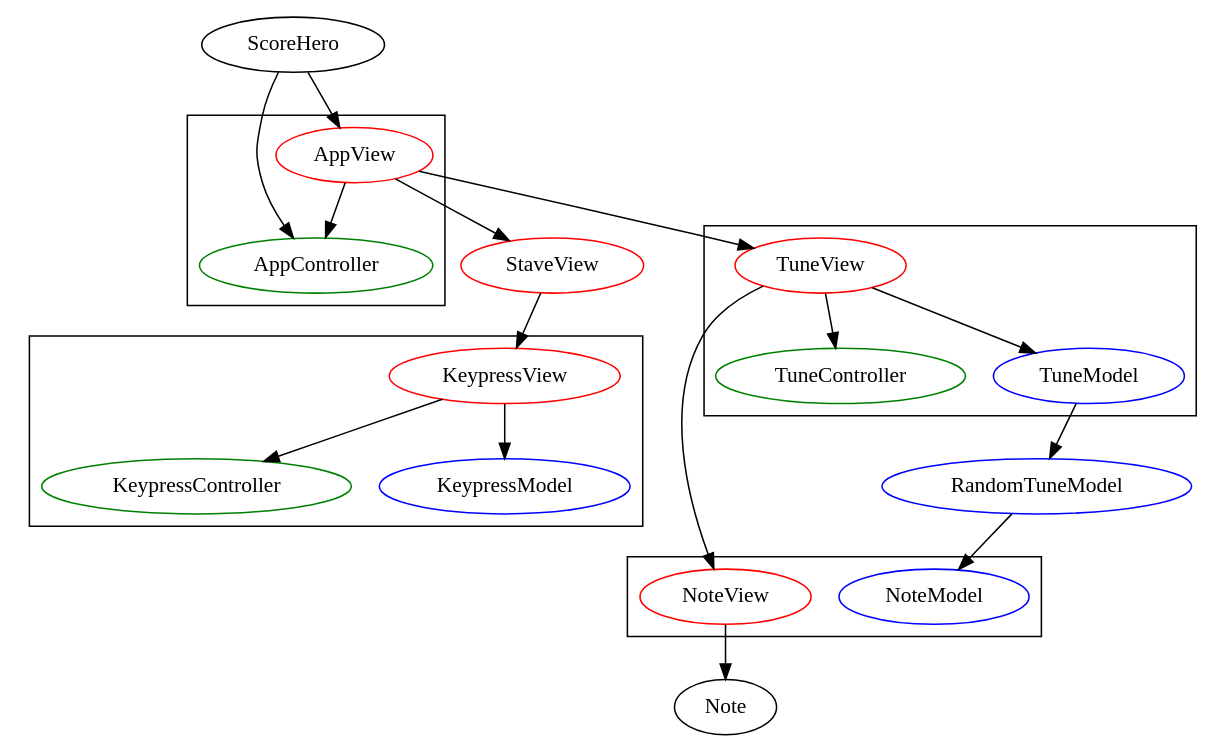
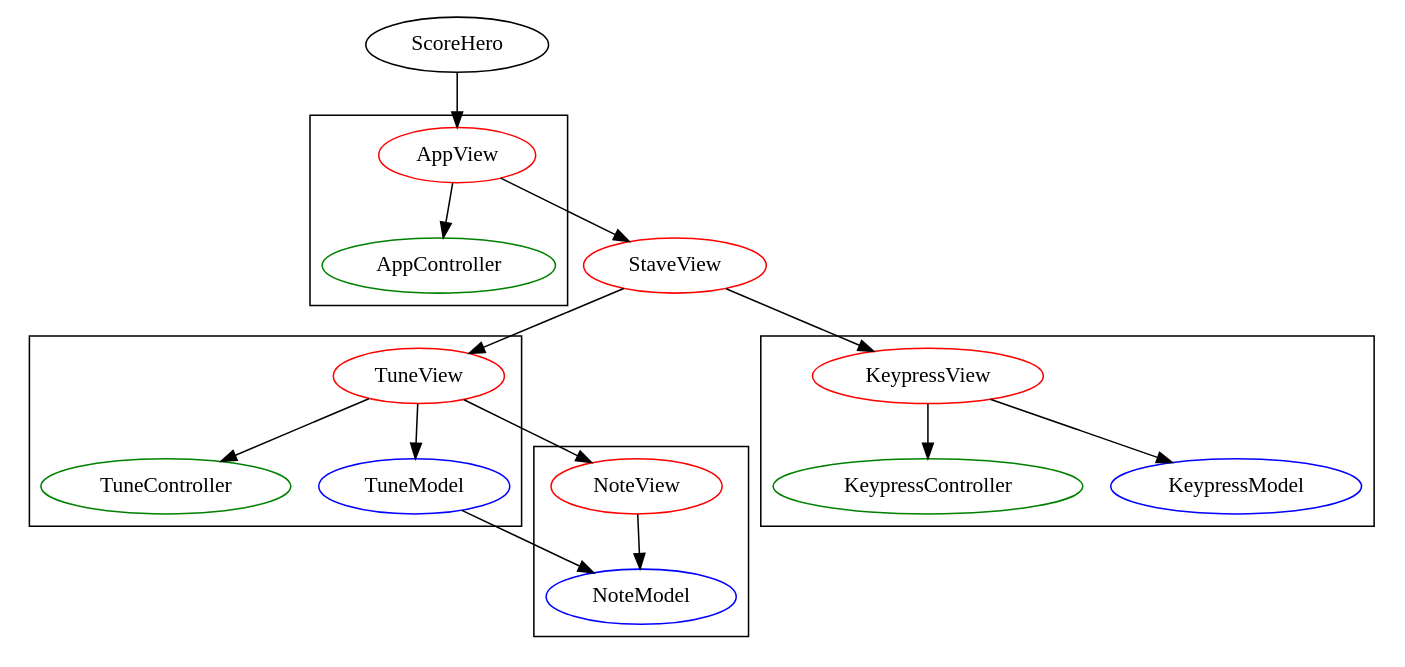
The diagram in doc/classes.dot (fuzzkat/Score-Hero), drawn with Graphviz before and after one commit. The commit also changed 4 other files, not shown here.

Commit message:
Refactored out some unneccesary methods + fixed class diagram

```diff
--- a/doc/classes.dot
+++ b/doc/classes.dot
@@ -1,55 +1,43 @@
 digraph scorehero {
 
 	subgraph views {
 		node [color=red]
 		{ AppView; StaveView; TuneView; KeypressView; NoteView; }
 	}
 
 	subgraph controllers {
 		node [color=green]
 		{ AppController; KeypressController; TuneController; }
 	}
 
 	subgraph models {
 		node [color=blue]
-		{ NoteModel; KeypressModel; TuneModel; RandomTuneModel; }
+		{ NoteModel; KeypressModel; TuneModel; }
 	}
 
 	subgraph clusterAppTriad {	
-		{ AppView; AppController }
+		{ AppView -> AppController }
 	}
 	
 	subgraph clusterKeypressTriad {	
-		{ KeypressView; KeypressModel; KeypressController }
+		{ KeypressView -> KeypressModel; KeypressView -> KeypressController }
 	}
 	
 	subgraph clusterTuneTriad {	
-		{ TuneView; TuneModel; TuneController }
+		{ TuneView -> TuneModel; TuneView -> TuneController }
 	}
 
 	subgraph clusterNodeDuad {
-		{ NoteModel; NoteView }
+		{ NoteView -> NoteModel; }
 	}
 
 	{ rank=source; ScoreHero; }
 
-	ScoreHero -> AppController;
 	ScoreHero -> AppView;
 	AppView -> StaveView;
-	AppView -> TuneView;
+	StaveView -> TuneView;
 	StaveView -> KeypressView;
-	TuneModel -> RandomTuneModel -> NoteModel;
+	TuneModel -> NoteModel;
 	TuneView -> NoteView;
 
-//MVC Triads
-	KeypressView -> KeypressModel;
-	KeypressView -> KeypressController;
-
-	TuneView -> TuneModel;
-	TuneView -> TuneController;
-
-	NoteView ->  Note;
-
-	AppView -> AppController;
-
 }
```
